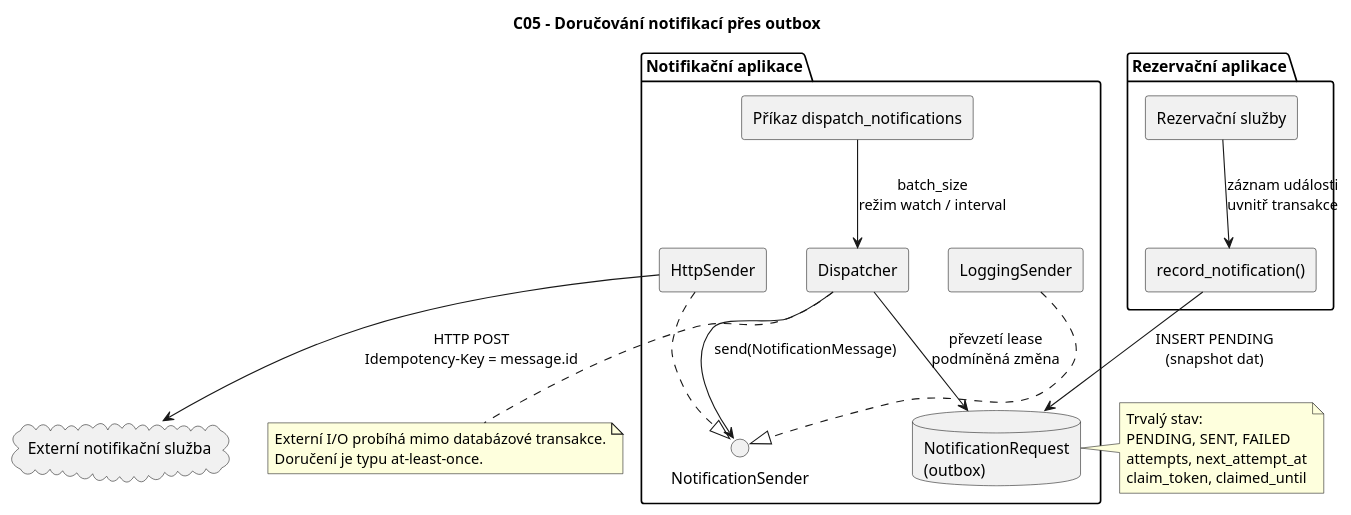
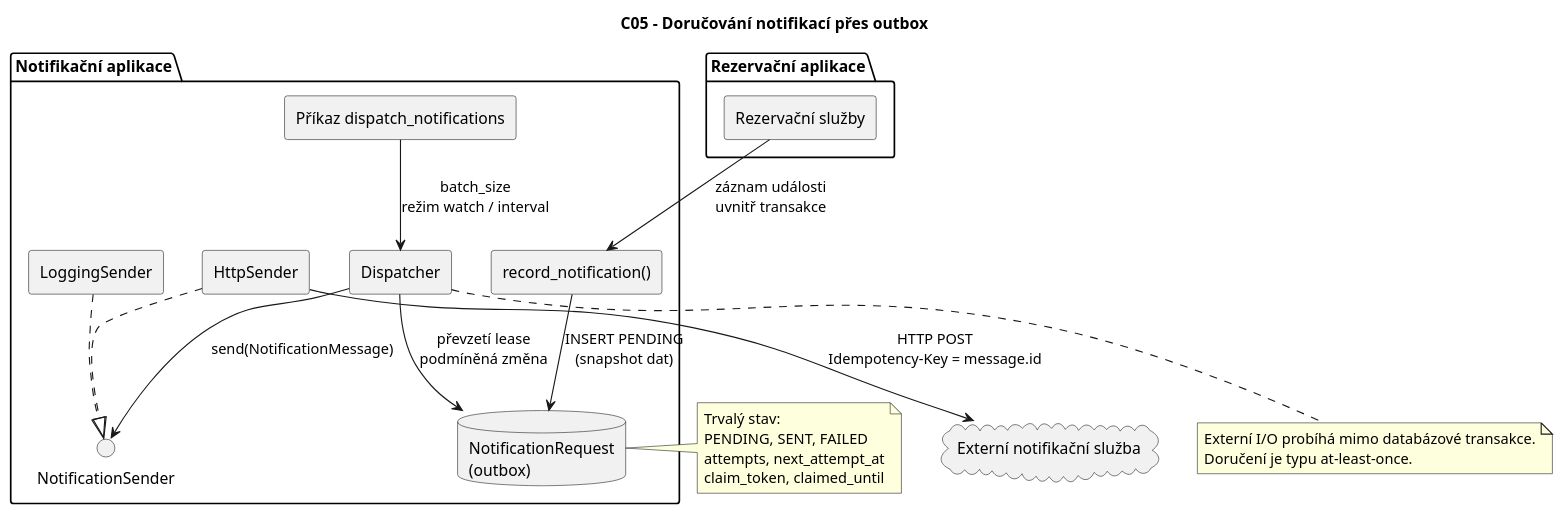
The diagram in docs/c05-diagrams/c05-notification-outbox.puml (jn-flk/SWI), drawn with PlantUML before and after one commit. The commit also changed other lines of this file and 3 other files, not shown here.

Commit message:
diagram fix

```diff
--- a/docs/c05-diagrams/c05-notification-outbox.puml
+++ b/docs/c05-diagrams/c05-notification-outbox.puml
@@ -1,42 +1,42 @@
 @startuml
 title C05 - Doručování notifikací přes outbox
 hide circle
 skinparam componentStyle rectangle
 
 package "Rezervační aplikace" {
   component "Rezervační služby" as RS
-  component "record_notification()" as RN
 }
 
 package "Notifikační aplikace" {
+  component "record_notification()" as RN
   database "NotificationRequest\n(outbox)" as OR
   component "Dispatcher" as D
   interface "NotificationSender" as NS
   component "LoggingSender" as LS
   component "HttpSender" as HS
   component "Příkaz dispatch_notifications" as CMD
 }
 
 cloud "Externí notifikační služba" as EXT
 
 RS --> RN : záznam události\nuvnitř transakce
 RN --> OR : INSERT PENDING\n(snapshot dat)
 CMD --> D : batch_size\nrežim watch / interval
 D --> OR : převzetí lease\npodmíněná změna
 D --> NS : send(NotificationMessage)
 LS ..|> NS
 HS ..|> NS
 HS --> EXT : HTTP POST\nIdempotency-Key = message.id
 
 note right of OR
 Trvalý stav:
 PENDING, SENT, FAILED
 attempts, next_attempt_at
 claim_token, claimed_until
 end note
 
 note bottom of D
 Externí I/O probíhá mimo databázové transakce.
 Doručení je typu at-least-once.
 end note
 @enduml
```
